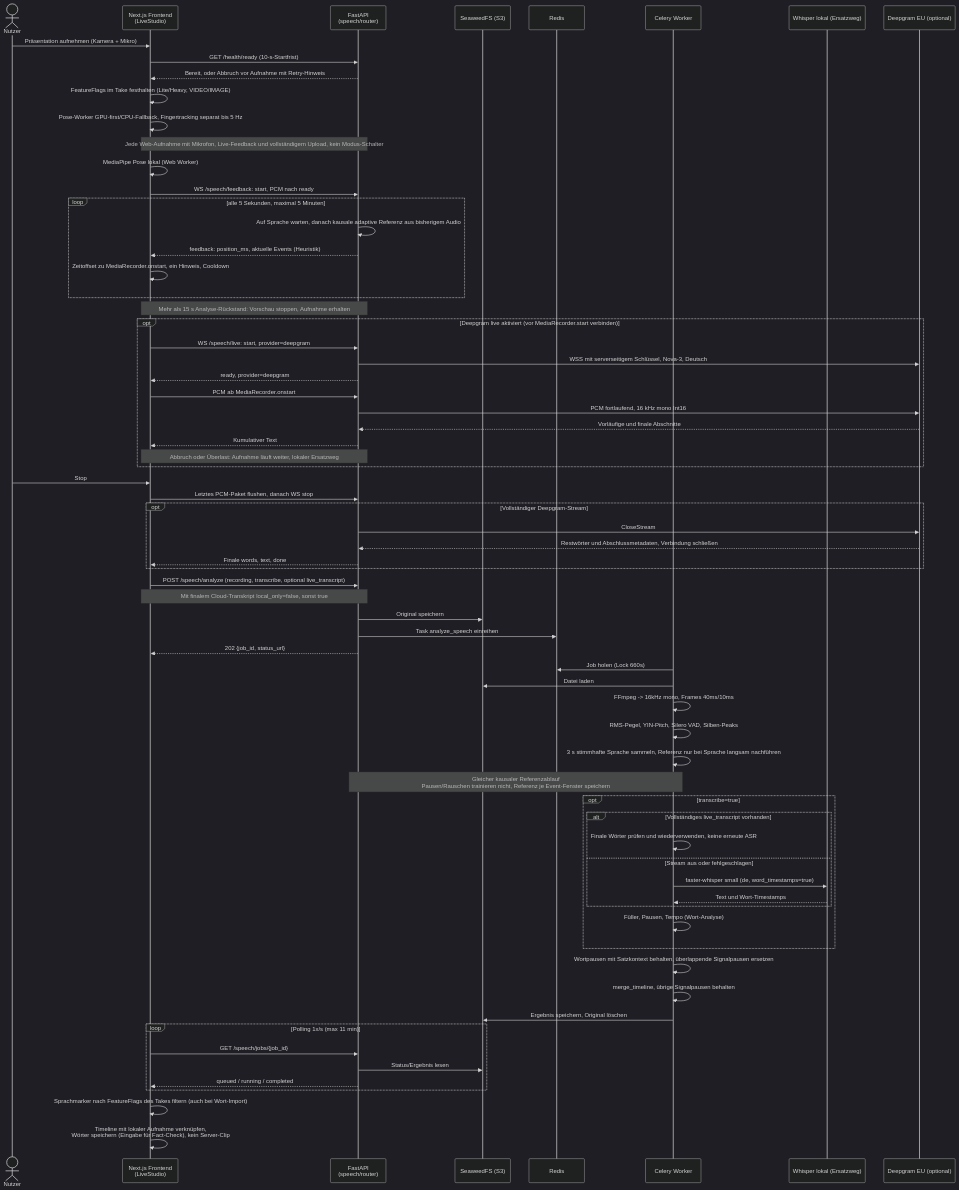
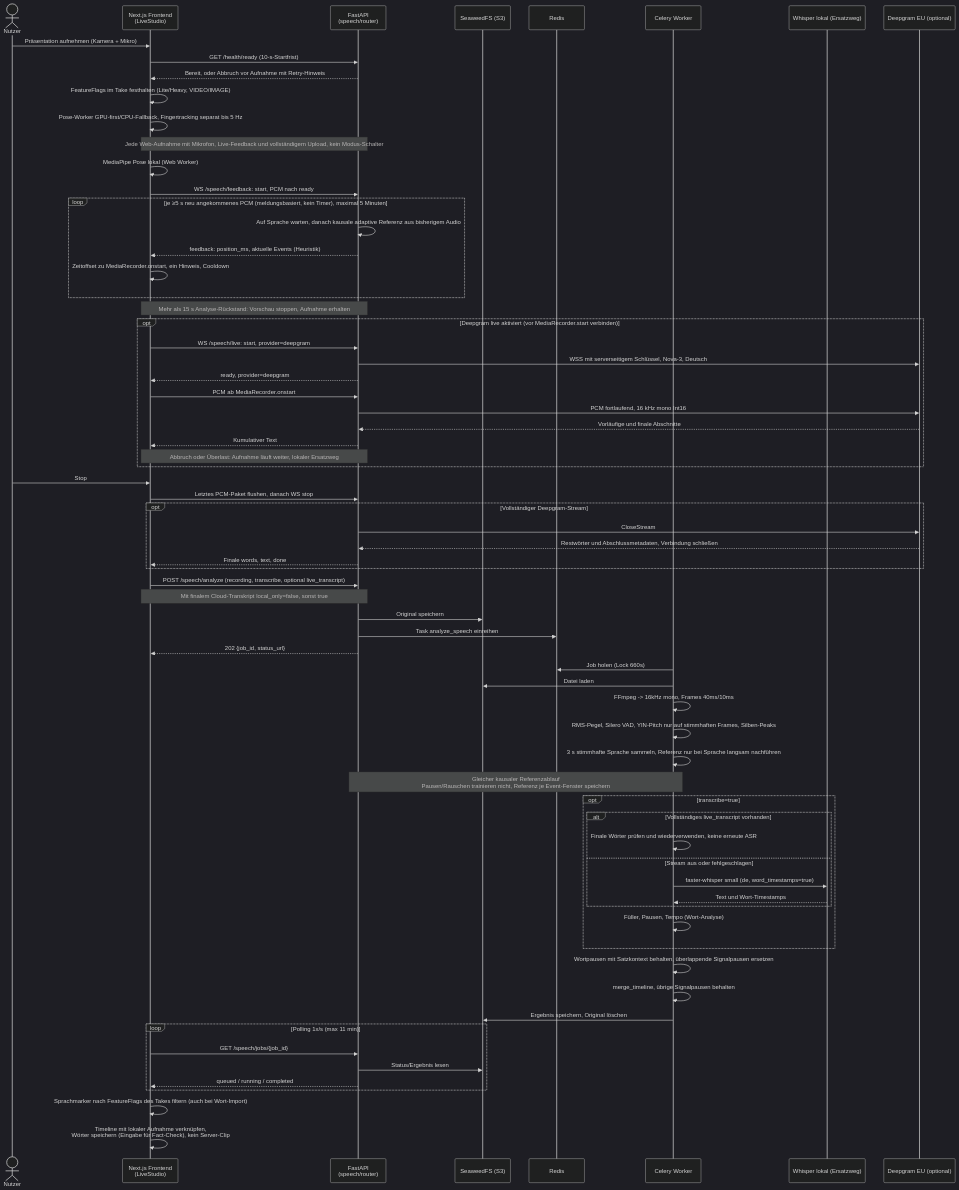
The third of 12 diagrams in docs/03-architecture.md (johannes3502/hackathon-fulda), drawn with Mermaid (dark theme) before and after one commit. The commit also changed other lines of this file and 19 other files, not shown here.

````diff
--- a/docs/03-architecture.md
+++ b/docs/03-architecture.md
@@ -172,76 +173,76 @@
 ```mermaid
 sequenceDiagram
     actor U as Nutzer
     participant FE as Next.js Frontend<br/>(LiveStudio)
     participant BE as FastAPI<br/>(speech/router)
     participant S3 as SeaweedFS (S3)
     participant R as Redis
     participant W as Celery Worker
     participant ASR as Whisper lokal (Ersatzweg)
     participant DG as Deepgram EU (optional)
 
     U->>FE: Präsentation aufnehmen (Kamera + Mikro)
     FE->>BE: GET /health/ready (10-s-Startfrist)
     BE-->>FE: Bereit, oder Abbruch vor Aufnahme mit Retry-Hinweis
     FE->>FE: FeatureFlags im Take festhalten (Lite/Heavy, VIDEO/IMAGE)
     FE->>FE: Pose-Worker GPU-first/CPU-Fallback, Fingertracking separat bis 5 Hz
     Note over FE,BE: Jede Web-Aufnahme mit Mikrofon, Live-Feedback und vollständigem Upload, kein Modus-Schalter
 
     FE->>FE: MediaPipe Pose lokal (Web Worker)
     FE->>BE: WS /speech/feedback: start, PCM nach ready
-    loop alle 5 Sekunden, maximal 5 Minuten
+    loop je ≥5 s neu angekommenes PCM (meldungsbasiert, kein Timer), maximal 5 Minuten
         BE->>BE: Auf Sprache warten, danach kausale adaptive Referenz aus bisherigem Audio
         BE-->>FE: feedback: position_ms, aktuelle Events (Heuristik)
         FE->>FE: Zeitoffset zu MediaRecorder.onstart, ein Hinweis, Cooldown
     end
     Note over FE,BE: Mehr als 15 s Analyse-Rückstand: Vorschau stoppen, Aufnahme erhalten
     opt Deepgram live aktiviert (vor MediaRecorder.start verbinden)
         FE->>BE: WS /speech/live: start, provider=deepgram
         BE->>DG: WSS mit serverseitigem Schlüssel, Nova-3, Deutsch
         BE-->>FE: ready, provider=deepgram
         FE->>BE: PCM ab MediaRecorder.onstart
         BE->>DG: PCM fortlaufend, 16 kHz mono Int16
         DG-->>BE: Vorläufige und finale Abschnitte
         BE-->>FE: Kumulativer Text
         Note over FE,BE: Abbruch oder Überlast: Aufnahme läuft weiter, lokaler Ersatzweg
     end
     U->>FE: Stop
     FE->>BE: Letztes PCM-Paket flushen, danach WS stop
     opt Vollständiger Deepgram-Stream
         BE->>DG: CloseStream
         DG-->>BE: Restwörter und Abschlussmetadaten, Verbindung schließen
         BE-->>FE: Finale words, text, done
     end
     FE->>BE: POST /speech/analyze (recording, transcribe, optional live_transcript)
     Note over FE,BE: Mit finalem Cloud-Transkript local_only=false, sonst true
     BE->>S3: Original speichern
     BE->>R: Task analyze_speech einreihen
     BE-->>FE: 202 {job_id, status_url}
 
     W->>R: Job holen (Lock 660s)
     W->>S3: Datei laden
     W->>W: FFmpeg -> 16kHz mono, Frames 40ms/10ms
-    W->>W: RMS-Pegel, YIN-Pitch, Silero VAD, Silben-Peaks
+    W->>W: RMS-Pegel, Silero VAD, YIN-Pitch nur auf stimmhaften Frames, Silben-Peaks
     W->>W: 3 s stimmhafte Sprache sammeln, Referenz nur bei Sprache langsam nachführen
     Note over BE,W: Gleicher kausaler Referenzablauf<br/>Pausen/Rauschen trainieren nicht, Referenz je Event-Fenster speichern
     opt transcribe=true
         alt Vollständiges live_transcript vorhanden
             W->>W: Finale Wörter prüfen und wiederverwenden, keine erneute ASR
         else Stream aus oder fehlgeschlagen
             W->>ASR: faster-whisper small (de, word_timestamps=true)
             ASR-->>W: Text und Wort-Timestamps
         end
         W->>W: Füller, Pausen, Tempo (Wort-Analyse)
     end
     W->>W: Wortpausen mit Satzkontext behalten, überlappende Signalpausen ersetzen
     W->>W: merge_timeline, übrige Signalpausen behalten
     W->>S3: Ergebnis speichern, Original löschen
 
     loop Polling 1x/s (max 11 min)
         FE->>BE: GET /speech/jobs/{job_id}
         BE->>S3: Status/Ergebnis lesen
         BE-->>FE: queued / running / completed
     end
     FE->>FE: Sprachmarker nach FeatureFlags des Takes filtern (auch bei Wort-Import)
     FE->>FE: Timeline mit lokaler Aufnahme verknüpfen,<br/>Wörter speichern (Eingabe für Fact-Check), kein Server-Clip
 ```
````
